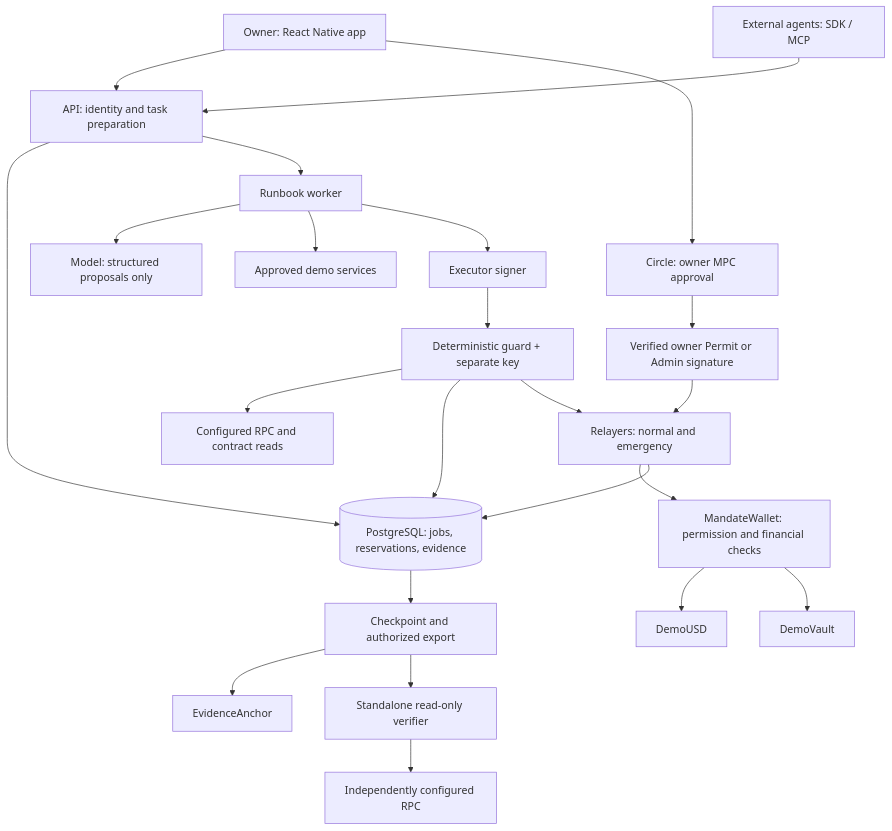
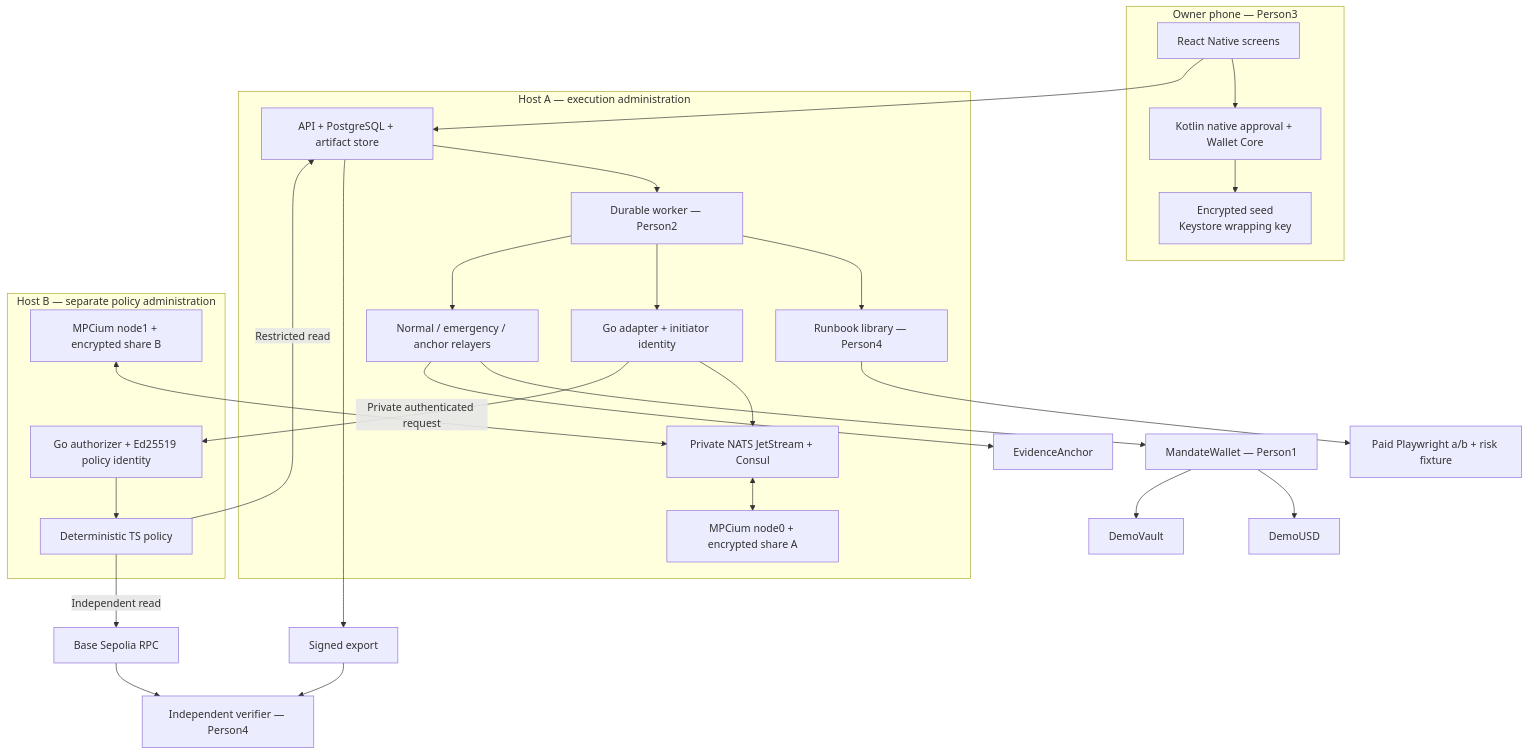
The first of 3 diagrams in architecture.md (Safius-Sifat/Fintechathon), drawn with Mermaid before and after one commit. The commit also changed other lines of this file and 163 other files, not shown here.

````diff
--- a/architecture.md
+++ b/architecture.md
@@ -15,25 +17,41 @@
 ```mermaid
-flowchart TB
-    Owner[Owner: React Native app] --> API[API: identity and task preparation]
-    Owner --> Circle[Circle: owner MPC approval]
-    Circle --> Approval[Verified owner Permit or Admin signature]
-    Approval --> Relay[Relayers: normal and emergency]
-    External[External agents: SDK / MCP] --> API
-    API --> DB[(PostgreSQL: jobs, reservations, evidence)]
-    API --> Runner[Runbook worker]
-    Runner --> Model[Model: structured proposals only]
-    Runner --> Providers[Approved demo services]
-    Runner --> Executor[Executor signer]
-    Executor --> Guard[Deterministic guard + separate key]
-    Guard --> RPC[Configured RPC and contract reads]
-    Guard --> DB
-    Guard --> Relay
-    Relay --> Wallet[MandateWallet: permission and financial checks]
-    Wallet --> Token[DemoUSD]
-    Wallet --> Vault[DemoVault]
-    Relay --> DB
-    DB --> Evidence[Checkpoint and authorized export]
-    Evidence --> Anchor[EvidenceAnchor]
-    Evidence --> Inspector[Standalone read-only verifier]
-    Inspector --> ReadRPC[Independently configured RPC]
+flowchart TD
+ subgraph Device[Owner phone — Person3]
+  RN[React Native screens] --> Native[Kotlin native approval + Wallet Core]
+  Native --> Seed[Encrypted seed\nKeystore wrapping key]
+ end
+ subgraph A[Host A — execution administration]
+  API[API + PostgreSQL + artifact store]
+  Worker[Durable worker — Person2]
+  Driver[Runbook library — Person4]
+  Adapter[Go adapter + initiator identity]
+  N0[MPCium node0 + encrypted share A]
+  Bus[Private NATS JetStream + Consul]
+  Relayer[Normal / emergency / anchor relayers]
+  API --> Worker
+  Worker --> Driver
+  Worker --> Adapter
+  Adapter --> Bus
+  Bus <--> N0
+  Worker --> Relayer
+ end
+ subgraph B[Host B — separate policy administration]
+  P[Deterministic TS policy]
+  Auth[Go authorizer + Ed25519 policy identity]
+  N1[MPCium node1 + encrypted share B]
+  Auth --> P
+ end
+ RN --> API
+ Adapter -->|Private authenticated request| Auth
+ N1 <--> Bus
+ P -->|Independent read| RPC[Base Sepolia RPC]
+ P -->|Restricted read| API
+ Driver --> Services[Paid Playwright a/b + risk fixture]
+ Relayer --> Wallet[MandateWallet — Person1]
+ Wallet --> Token[DemoUSD]
+ Wallet --> Vault[DemoVault]
+ Relayer --> Anchor[EvidenceAnchor]
+ API --> Export[Signed export]
+ Export --> Verifier[Independent verifier — Person4]
+ RPC --> Verifier
 ```
````
